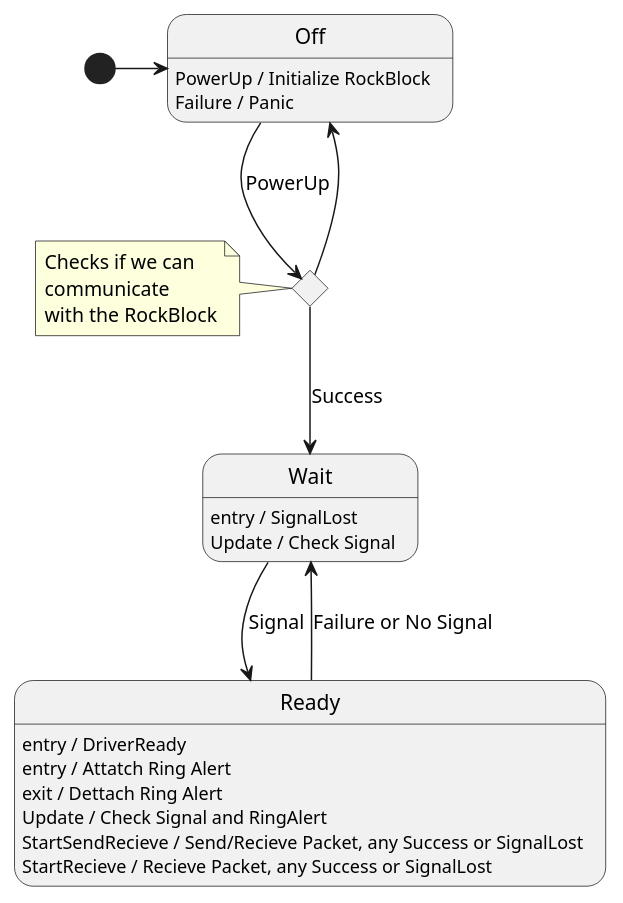
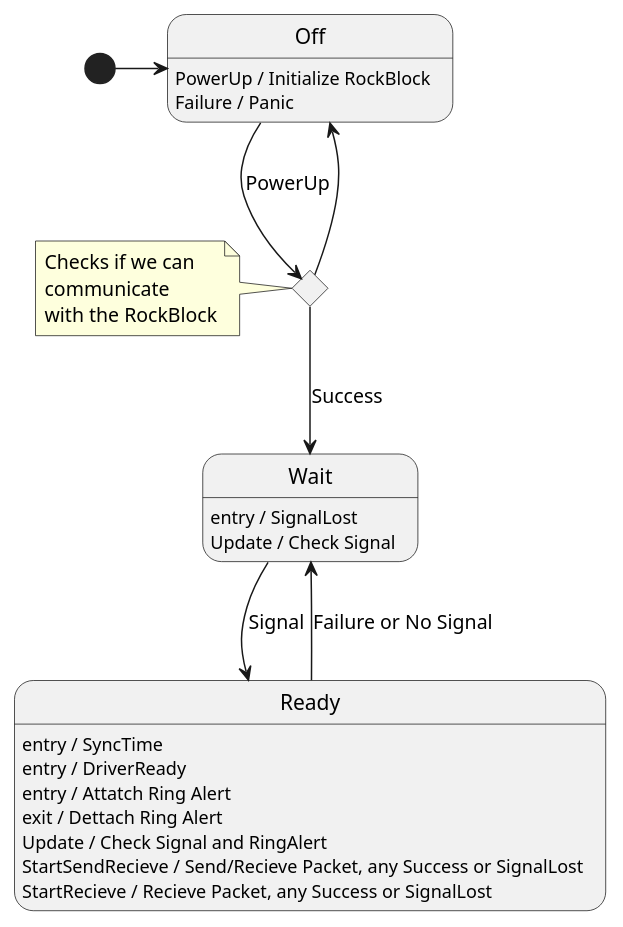
Before and after one commit to OPEnSLab-OSU/SlideSentinel: the second of 4 diagrams in Integration/SlideSentinelBase/lib/SatComm/SatCommController.md, drawn with PlantUML. The commit also changed 6 other files, not shown here.

````diff
--- a/Integration/SlideSentinelBase/lib/SatComm/SatCommController.md
+++ b/Integration/SlideSentinelBase/lib/SatComm/SatCommController.md
@@ -38,31 +38,32 @@
 ```plantuml
 @startuml
 skinparam defaultFontName Verdana
 hide empty description
 
 [*] -right-> Off
 state PowerUpChoice <<choice>>
 Off --> PowerUpChoice : PowerUp
 PowerUpChoice --> Wait : Success
 PowerUpChoice --> Off
 Wait --> Ready : Signal
 Ready --> Wait : Failure or No Signal
 
 Off : PowerUp / Initialize RockBlock
 Off : Failure / Panic
 Wait : entry / SignalLost
 Wait : Update / Check Signal
+Ready : entry / SyncTime
 Ready : entry / DriverReady
 Ready : entry / Attatch Ring Alert
 Ready : exit / Dettach Ring Alert
 Ready : Update / Check Signal and RingAlert
 Ready : StartSendRecieve / Send/Recieve Packet, any Success or SignalLost
 Ready : StartRecieve / Recieve Packet, any Success or SignalLost
 
 note left of PowerUpChoice 
 Checks if we can 
 communicate
 with the RockBlock
 endnote
 @enduml
 ```
````
